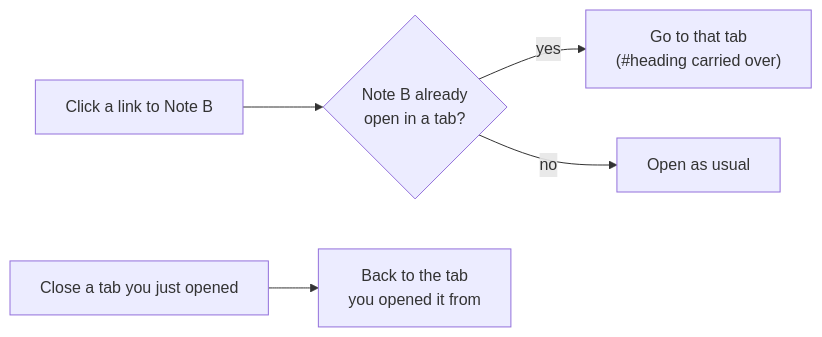
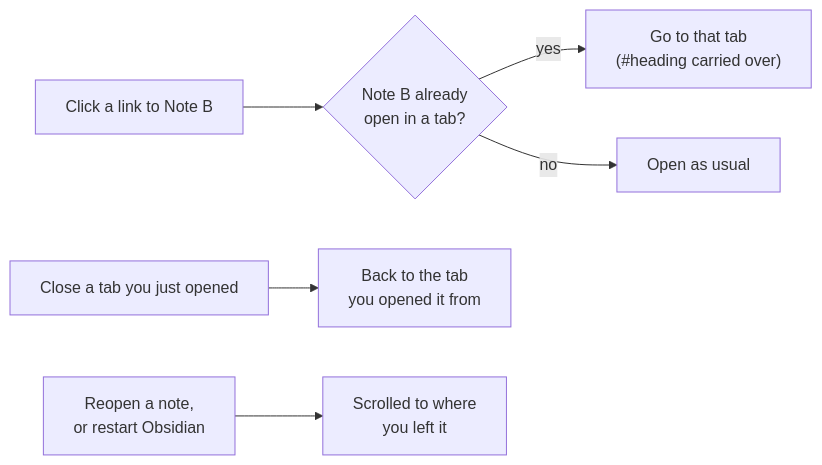
The tenth of 14 diagrams in README.md (zzzzzhowie/obsidian-plugin-toolkit), drawn with Mermaid before and after one commit. The commit also changed other lines of this file and 3 other files, not shown here.

````diff
--- a/README.md
+++ b/README.md
@@ -273,7 +273,8 @@
 ```mermaid
 flowchart LR
     L["Click a link to Note B"] --> Q{"Note B already<br/>open in a tab?"}
     Q -->|yes| G["Go to that tab<br/>(#heading carried over)"]
     Q -->|no| O["Open as usual"]
     N["Close a tab you just opened"] --> BK["Back to the tab<br/>you opened it from"]
+    R["Reopen a note,<br/>or restart Obsidian"] --> P["Scrolled to where<br/>you left it"]
 ```
````
